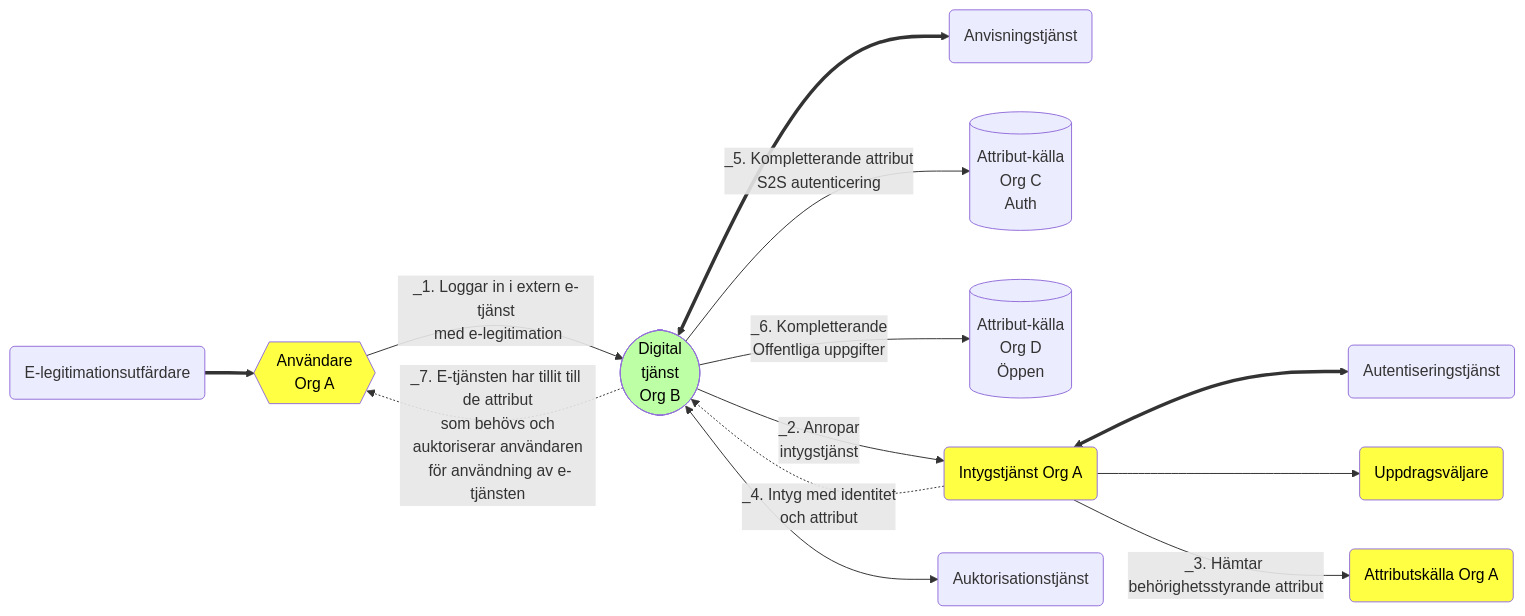
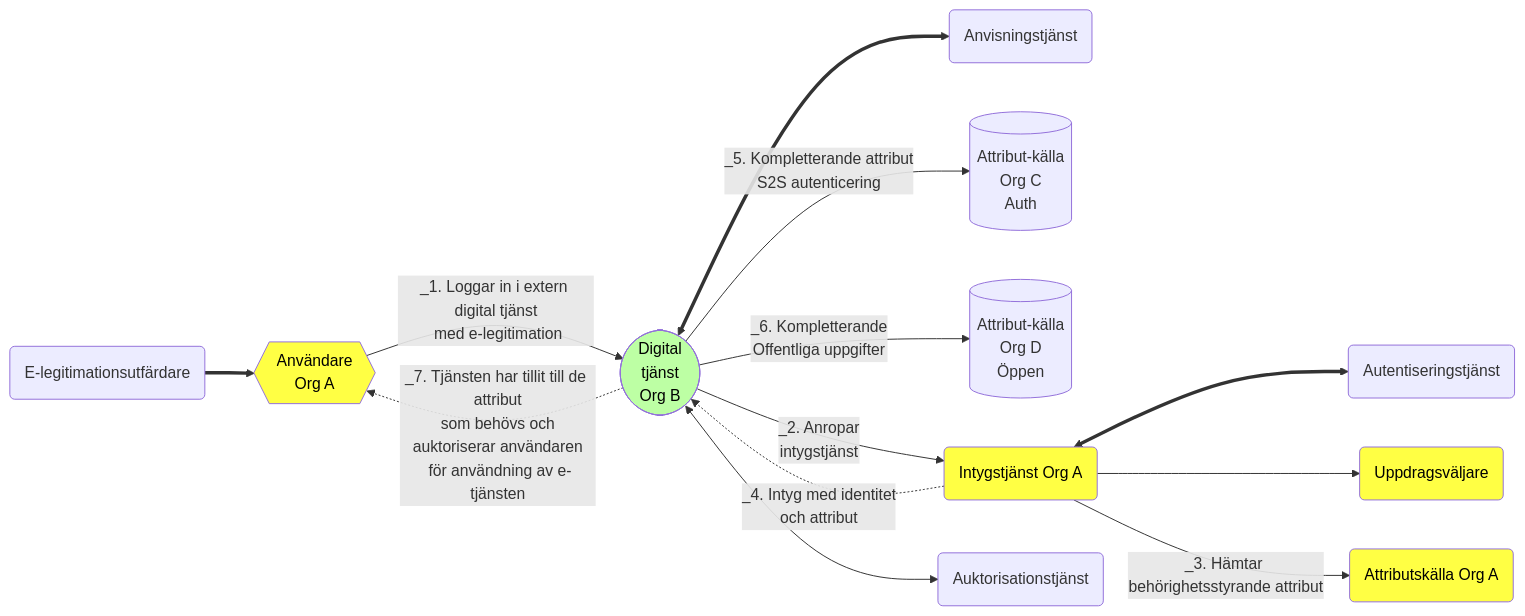
The diagram in architecture/technical-federation-architecture.md (diggsweden/ena-authorization), drawn with Mermaid before and after one commit. The commit also changed other lines of this file, not shown here.

````diff
--- a/architecture/technical-federation-architecture.md
+++ b/architecture/technical-federation-architecture.md
@@ -3,29 +3,29 @@
 ```mermaid
 flowchart LR
 classDef Amber color:#000000,fill:#FFFF44
 classDef Green color:#000000,fill:#BDFFA4
 classDef orange color:#000000,fill:#f96
 A{{Användare<br>Org A}}:::Amber
 B([Digital<br>tjänst<br>Org B]):::Green
 C(Anvisningstjänst)
 D[(Attribut-källa<br>Org C<br>Auth)]
 E[(Attribut-källa<br>Org D<br>Öppen)]
 F(Intygstjänst Org A):::Amber
 G(Autentiseringstjänst)
 H(Uppdragsväljare):::Amber
 I(Attributskälla Org A):::Amber
 J(E-legitimationsutfärdare)
 K(Auktorisationstjänst)
 J ==> A
-A -->|_1. Loggar in i extern e-tjänst<br> med e-legitimation | B
+A -->|_1. Loggar in i extern digital tjänst<br> med e-legitimation | B
 B <==> C
 B --> |_2. Anropar<br>intygstjänst| F
 F <==> G
 F --> H
 F --> |_3. Hämtar behörighetsstyrande attribut| I
 F -.-> |_4. Intyg med identitet<br>och attribut| B
 B -->|_5. Kompletterande attribut<br>S2S autenticering| D
 B --> |_6. Kompletterande<br>Offentliga uppgifter| E
-B-.->|_7. E-tjänsten har tillit till de attribut<br> som behövs och auktoriserar användaren<br> för användning av e-tjänsten |A
+B-.->|_7. Tjänsten har tillit till de attribut<br> som behövs och auktoriserar användaren<br> för användning av e-tjänsten |A
 B<-->K
 ```
````
